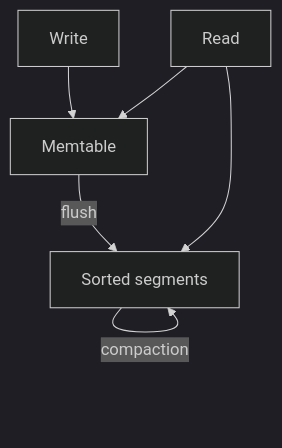
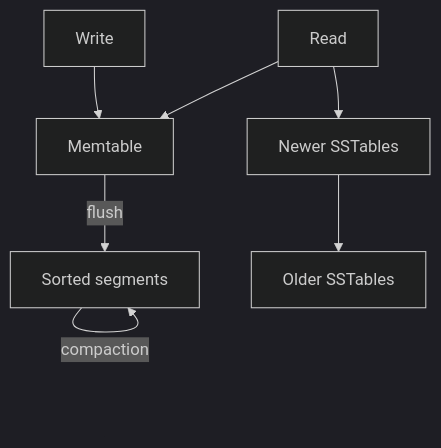
One commit to pmagnomuller/pmagnomuller.github.io changed the first of 2 diagrams in _ddia/ch03-storage-and-retrieval.md. Above: the diagram before and after it, drawn with Mermaid (dark theme). The commit also changed other lines of this file and 28 other files, not shown here.

````diff
--- a/_ddia/ch03-storage-and-retrieval.md
+++ b/_ddia/ch03-storage-and-retrieval.md
@@ -22,8 +36,9 @@
 ```mermaid
 flowchart TD
   Write[Write] --> Mem[Memtable]
   Mem -->|flush| SS[Sorted segments]
   SS -->|compaction| SS
   Read[Read] --> Mem
-  Read --> SS
+  Read --> Newer[Newer SSTables]
+  Newer --> Older[Older SSTables]
 ```
````
